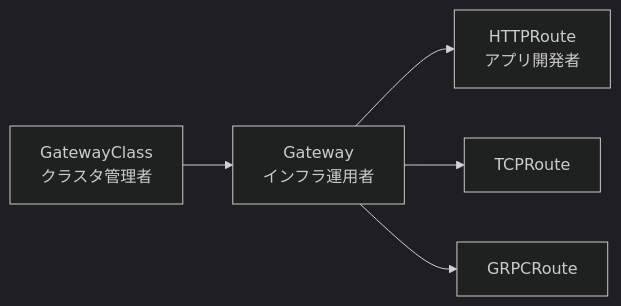
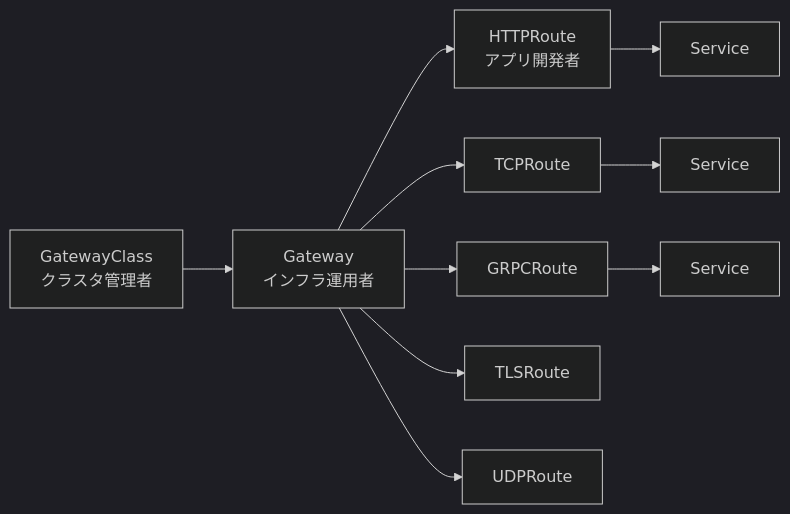
The first of 5 diagrams in docs/04-networking/gateway-api.md (swallowsaba/introduction-k8s), drawn with Mermaid (dark theme) before and after one commit. The commit also changed other lines of this file and 5 other files, not shown here.

````diff
--- a/docs/04-networking/gateway-api.md
+++ b/docs/04-networking/gateway-api.md
@@ -34,7 +117,12 @@
 ```mermaid
 flowchart LR
     GC[GatewayClass<br>クラスタ管理者] --> GW[Gateway<br>インフラ運用者]
     GW --> R1[HTTPRoute<br>アプリ開発者]
     GW --> R2[TCPRoute]
     GW --> R3[GRPCRoute]
+    GW --> R4[TLSRoute]
+    GW --> R5[UDPRoute]
+    R1 --> S1[Service]
+    R2 --> S2[Service]
+    R3 --> S3[Service]
 ```
````
